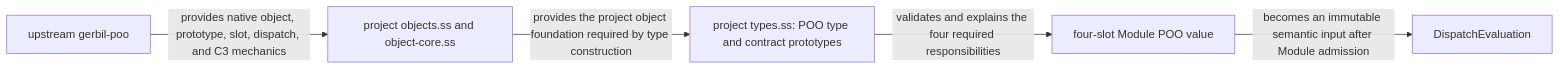
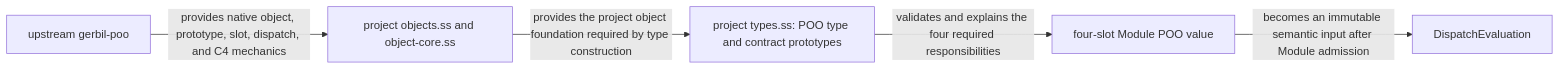
Before and after one commit to tao3k/poo-flow: the second of 2 diagrams in docs/10-19-design/10.06-poo-module-system/45-120-module-domain-upstream-operation-correspondence-and-thin-adapter-admission-contract.org, drawn with Mermaid. The commit also changed other lines of this file and 514 other files, not shown here.

```diff
--- a/docs/10-19-design/10.06-poo-module-system/45-120-module-domain-upstream-operation-correspondence-and-thin-adapter-admission-contract.org
+++ b/docs/10-19-design/10.06-poo-module-system/45-120-module-domain-upstream-operation-correspondence-and-thin-adapter-admission-contract.org
@@ -353,7 +353,7 @@
 #+begin_src mermaid
 flowchart LR
-  U["upstream gerbil-poo"] -->|"provides native object, prototype, slot, dispatch, and C3 mechanics"| O["project objects.ss and object-core.ss"]
+  U["upstream gerbil-poo"] -->|"provides native object, prototype, slot, dispatch, and C4 mechanics"| O["project objects.ss and object-core.ss"]
   O -->|"provides the project object foundation required by type construction"| T["project types.ss: POO type and contract prototypes"]
   T -->|"validates and explains the four required responsibilities"| M["four-slot Module POO value"]
   M -->|"becomes an immutable semantic input after Module admission"| D["DispatchEvaluation"]
 #+end_src
```
